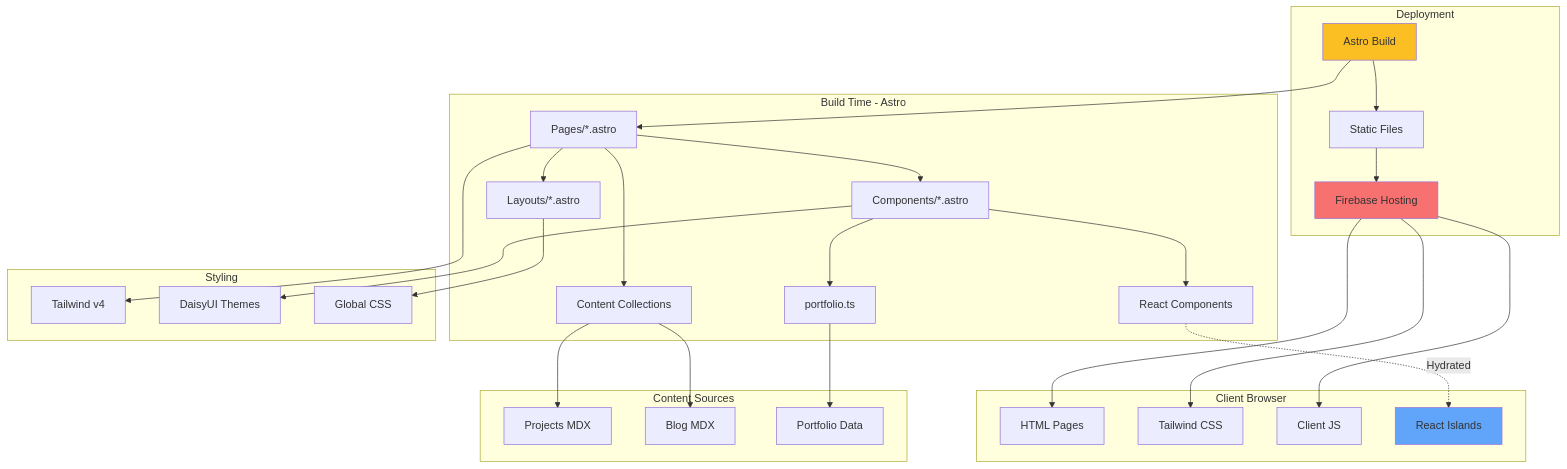
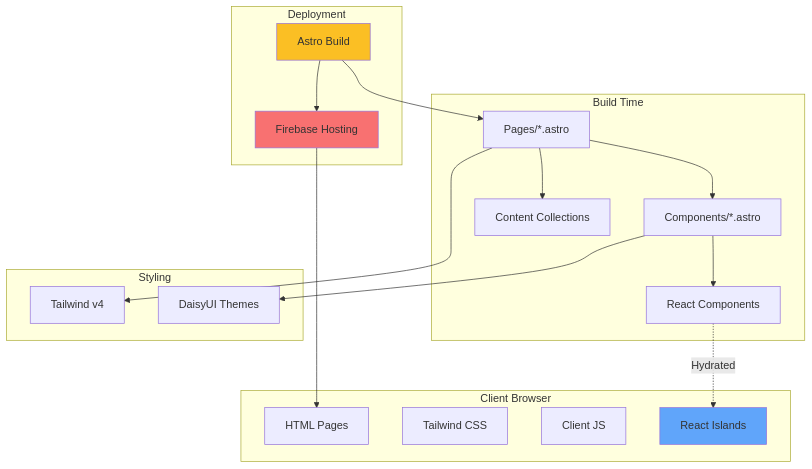
Before and after one commit to nilushan/profile-astro: the fourth of 10 diagrams in src/content/blog/mermaid-diagrams-software-development.mdx, drawn with Mermaid. The commit also changed other lines of this file and 1 other file, not shown here.

````diff
--- a/src/content/blog/mermaid-diagrams-software-development.mdx
+++ b/src/content/blog/mermaid-diagrams-software-development.mdx
@@ -207,63 +191,40 @@
 ```mermaid
 graph TB
     subgraph "Client Browser"
         HTML[HTML Pages]
         CSS[Tailwind CSS]
         JS[Client JS]
         React[React Islands]
     end
 
-    subgraph "Build Time - Astro"
+    subgraph "Build Time"
         Pages[Pages/*.astro]
         Components[Components/*.astro]
         ReactComp[React Components]
-        Layouts[Layouts/*.astro]
         Content[Content Collections]
-        Data[portfolio.ts]
     end
 
     subgraph "Styling"
         TW[Tailwind v4]
         DaisyUI[DaisyUI Themes]
-        Global[Global CSS]
-    end
-
-    subgraph "Content Sources"
-        Projects[Projects MDX]
-        Blog[Blog MDX]
-        Portfolio[Portfolio Data]
     end
 
     subgraph "Deployment"
         Build[Astro Build]
-        Dist[Static Files]
         Firebase[Firebase Hosting]
     end
 
     Pages --> Components
-    Pages --> Layouts
     Pages --> Content
     Components --> ReactComp
-    Components --> Data
-
-    Content --> Projects
-    Content --> Blog
-    Data --> Portfolio
-
     Pages --> TW
     Components --> DaisyUI
-    Layouts --> Global
-
     Build --> Pages
-    Build --> Dist
-    Dist --> Firebase
+    Build --> Firebase
     Firebase --> HTML
-    Firebase --> CSS
-    Firebase --> JS
-
     ReactComp -.->|Hydrated| React
 
     style Build fill:#fbbf24
     style Firebase fill:#f87171
     style React fill:#60a5fa
 ```
````
